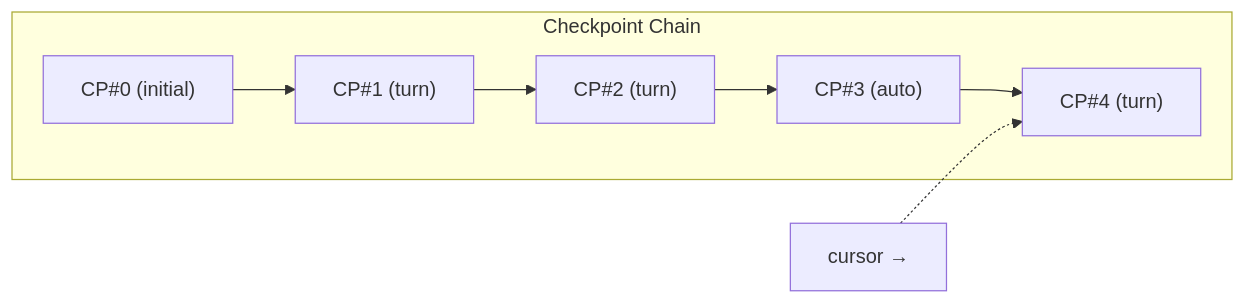
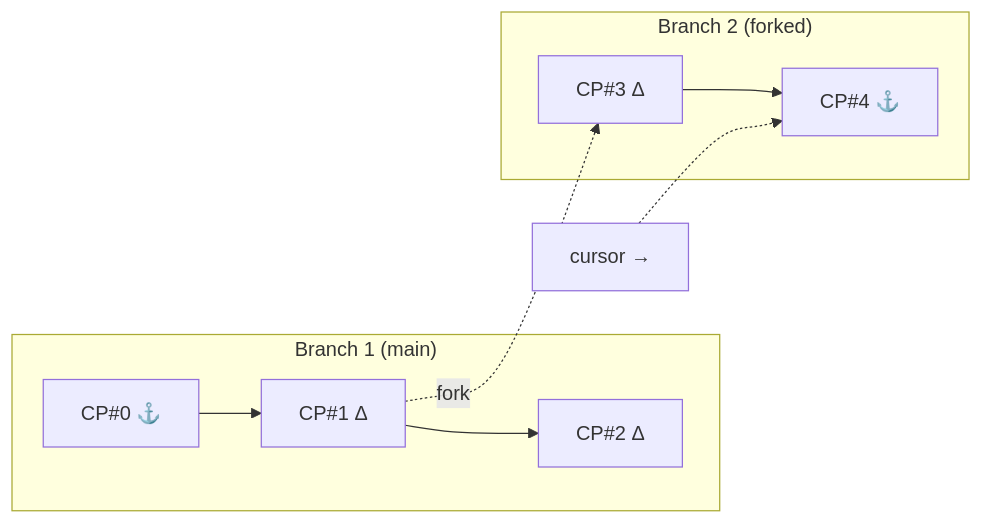
One commit to matluz1/lorekit changed the fourth of 9 diagrams in ARCHITECTURE.md. Above: the diagram before and after it, drawn with Mermaid. The commit also changed other lines of this file, not shown here.

Commit message:
docs: update ARCHITECTURE.md for branching checkpoint system

````diff
--- a/ARCHITECTURE.md
+++ b/ARCHITECTURE.md
@@ -632,11 +644,11 @@
 ```mermaid
 flowchart LR
-    subgraph checkpoints ["Checkpoint Chain"]
-        CP0["CP#0 (initial)"] --> CP1["CP#1 (turn)"]
-        CP1 --> CP2["CP#2 (turn)"]
-        CP2 --> CP3["CP#3 (auto)"]
-        CP3 --> CP4["CP#4 (turn)"]
+    subgraph branch1 ["Branch 1 (main)"]
+        CP0["CP#0 ⚓"] --> CP1["CP#1 Δ"] --> CP2["CP#2 Δ"]
     end
-
+    subgraph branch2 ["Branch 2 (forked)"]
+        CP3["CP#3 Δ"] --> CP4["CP#4 ⚓"]
+    end
+    CP1 -.->|fork| CP3
     cursor["cursor →"] -.-> CP4
 ```
````
